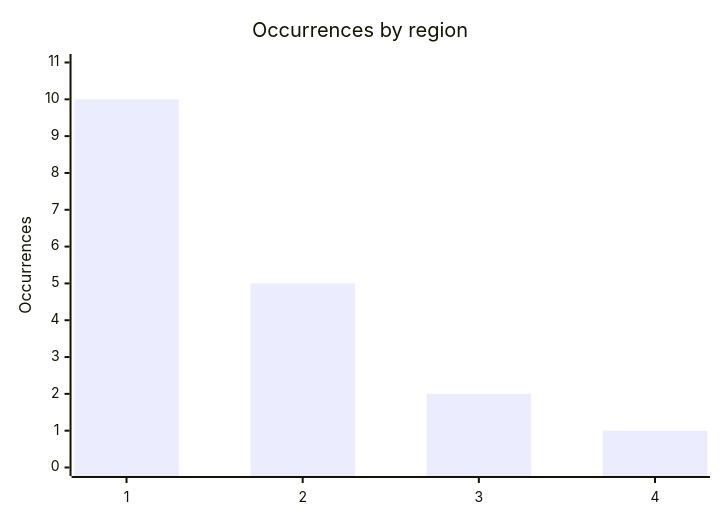
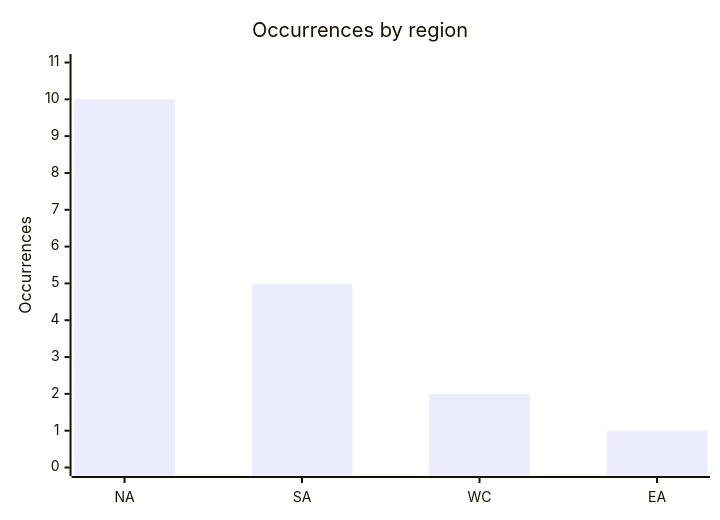
Before and after one commit to Hatchepsoute/AFRINTEL: the third of 4 diagrams in CyberAttackAfrica/2025/12-december/README.md, drawn with Mermaid. The commit also changed other lines of this file and 112 other files, not shown here.

````diff
--- a/CyberAttackAfrica/2025/12-december/README.md
+++ b/CyberAttackAfrica/2025/12-december/README.md
@@ -144,7 +149,7 @@
 ```mermaid
 xychart-beta
     title "Occurrences by region"
-    x-axis ["1","2","3","4"]
+    x-axis ["NA","SA","WC","EA"]
     y-axis "Occurrences" 0 --> 11
     bar [10,5,2,1]
 ```
````
